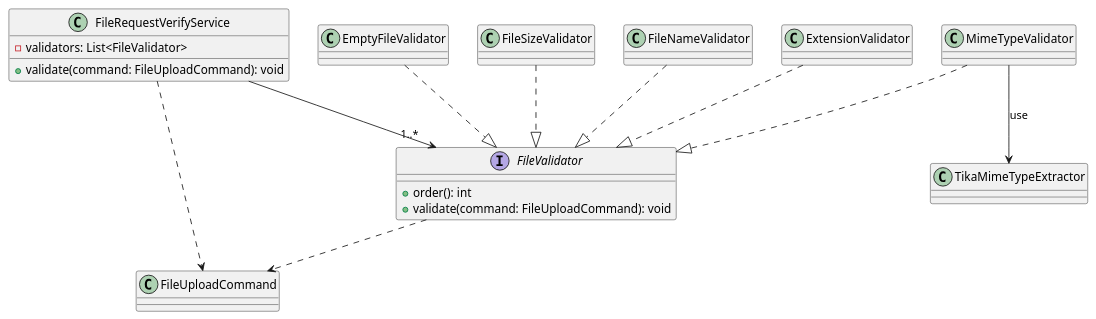
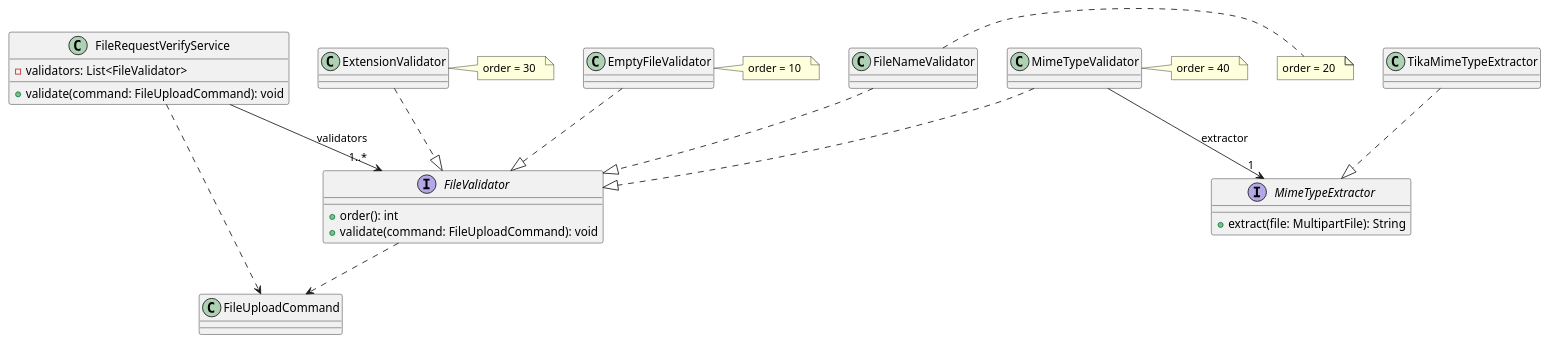
One commit to huyhai1994/file-upload-service changed the fifth of 5 diagrams in docs/09-lld.md. Above: the diagram before and after it, drawn with PlantUML. The commit also changed other lines of this file and 3 other files, not shown here.

````diff
--- a/docs/09-lld.md
+++ b/docs/09-lld.md
@@ -410,37 +462,56 @@
 ```plantuml
 @startuml  
   
 class FileRequestVerifyService {  
     -validators: List<FileValidator>  
     +validate(command: FileUploadCommand): void  
 }  
   
 interface FileValidator {  
     +order(): int  
     +validate(command: FileUploadCommand): void  
 }  
   
 class EmptyFileValidator  
-class FileSizeValidator  
 class FileNameValidator  
 class ExtensionValidator  
 class MimeTypeValidator  
   
+interface MimeTypeExtractor {  
+    +extract(file: MultipartFile): String  
+}  
+  
 class TikaMimeTypeExtractor  
 class FileUploadCommand  
   
-FileRequestVerifyService --> "1..*" FileValidator  
+FileRequestVerifyService --> "1..*" FileValidator : validators  
 FileRequestVerifyService ..> FileUploadCommand  
+  
 FileValidator ..> FileUploadCommand  
   
 EmptyFileValidator ..|> FileValidator  
-FileSizeValidator ..|> FileValidator  
 FileNameValidator ..|> FileValidator  
 ExtensionValidator ..|> FileValidator  
 MimeTypeValidator ..|> FileValidator  
-MimeTypeValidator --> TikaMimeTypeExtractor: use  
   
+MimeTypeValidator --> "1" MimeTypeExtractor : extractor  
+TikaMimeTypeExtractor ..|> MimeTypeExtractor  
   
+note right of EmptyFileValidator  
+order = 10  
+end note  
+  
+note right of FileNameValidator  
+order = 20  
+end note  
+  
+note right of ExtensionValidator  
+order = 30  
+end note  
+  
+note right of MimeTypeValidator  
+order = 40  
+end note  
   
 @enduml
 ```
````
